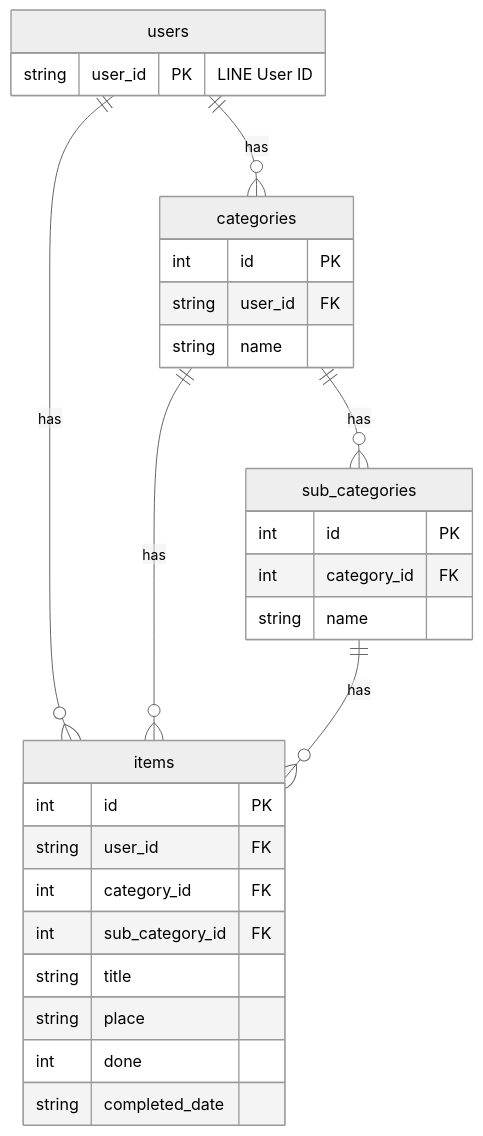
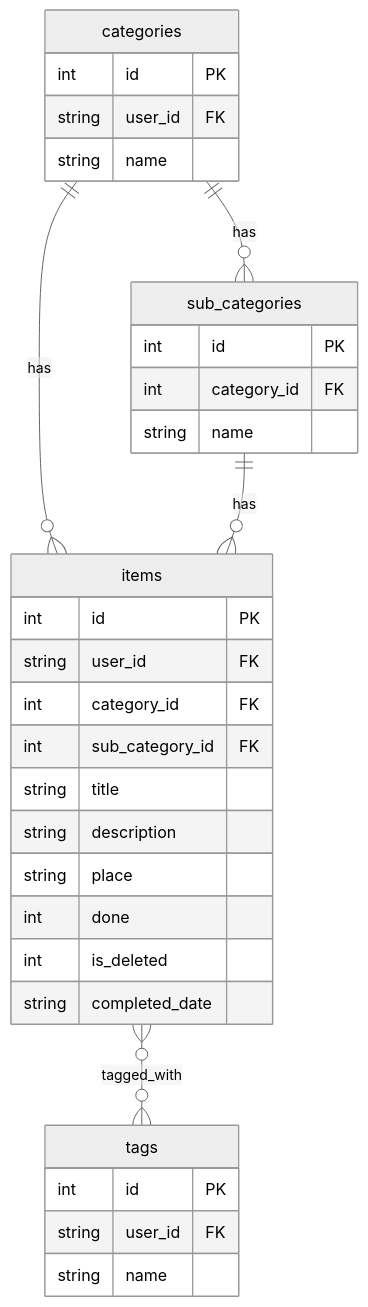
Before and after one commit to showanne/line-ToDo-bot: the diagram in database_schema.md, drawn with Mermaid (neutral theme). The commit also changed other lines of this file and 7 other files, not shown here.

````diff
--- a/database_schema.md
+++ b/database_schema.md
@@ -65,36 +104,39 @@
 ```mermaid
 erDiagram
-    users {
-        string user_id PK "LINE User ID"
-    }
-
     categories {
         int id PK
         string user_id FK
         string name
     }
 
     sub_categories {
         int id PK
         int category_id FK
         string name
     }
 
     items {
         int id PK
         string user_id FK
         int category_id FK
         int sub_category_id FK
         string title
+        string description
         string place
         int done
+        int is_deleted
         string completed_date
     }
 
-    users ||--o{ categories : "has"
-    users ||--o{ items : "has"
+    tags {
+        int id PK
+        string user_id FK
+        string name
+    }
+
     categories ||--o{ sub_categories : "has"
     categories ||--o{ items : "has"
     sub_categories ||--o{ items : "has"
+    items }o--o{ tags : "tagged_with"
 
 ```
````
